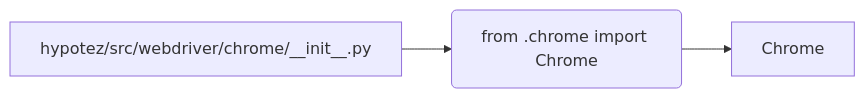
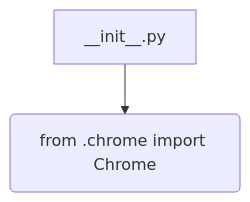
The first of 2 diagrams in docs/gemini/ru/explainer/src/webdriver/chrome/__init__.md (hypo69/hypo), drawn with Mermaid before and after one commit. The commit also changed other lines of this file and 311 other files, not shown here.

````diff
--- a/docs/gemini/ru/explainer/src/webdriver/chrome/__init__.md
+++ b/docs/gemini/ru/explainer/src/webdriver/chrome/__init__.md
@@ -36,5 +26,4 @@
 ```mermaid
-graph LR
-    A[hypotez/src/webdriver/chrome/__init__.py] --> B(from .chrome import Chrome);
-    B --> C[Chrome];
+graph TD
+    A[__init__.py] --> B(from .chrome import Chrome);
 ```
````
